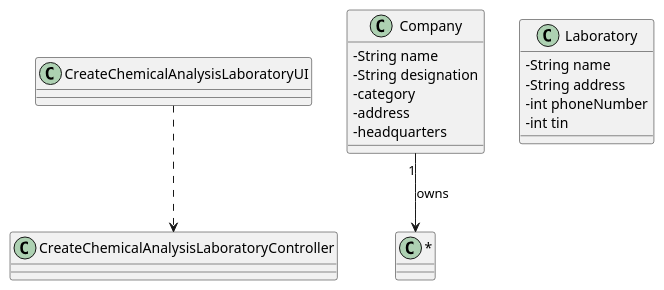
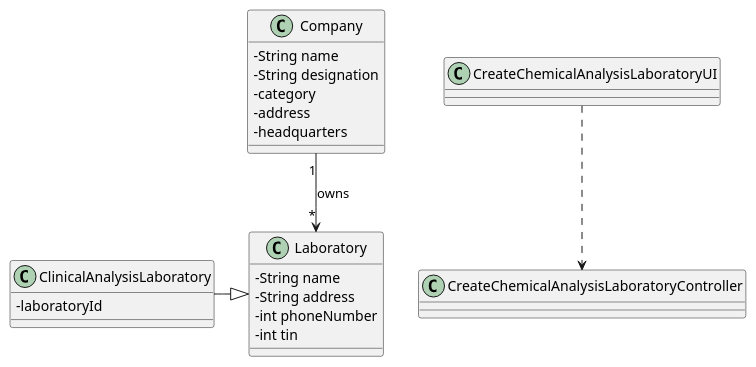
Before and after one commit to manu-07-ela/LAPR2_ISEP: the diagram in docs/SprintB/US08/US08_CD.puml, drawn with PlantUML. The commit also changed 2 other files, not shown here.

```diff
--- a/docs/SprintB/US08/US08_CD.puml
+++ b/docs/SprintB/US08/US08_CD.puml
@@ -1,30 +1,38 @@
 @startuml
 skinparam classAttributeIconSize 0
 
 class CreateChemicalAnalysisLaboratoryUI{
 }
 
 class CreateChemicalAnalysisLaboratoryController{
 }
 
 class Company{
 -String name
 -String designation
 -category
 -address
 -headquarters
 }
 
 class Laboratory {
   -String name
   -String address
   -int phoneNumber
   -int tin
 }
 
+class ClinicalAnalysisLaboratory {
+  -laboratoryId
+}
+
+
+
+
 
 
 CreateChemicalAnalysisLaboratoryUI ..> CreateChemicalAnalysisLaboratoryController
-Company "1" --> "*"  : owns
+Company "1" --> "*" Laboratory  : owns
+ClinicalAnalysisLaboratory -|> Laboratory
 
 @enduml
```
